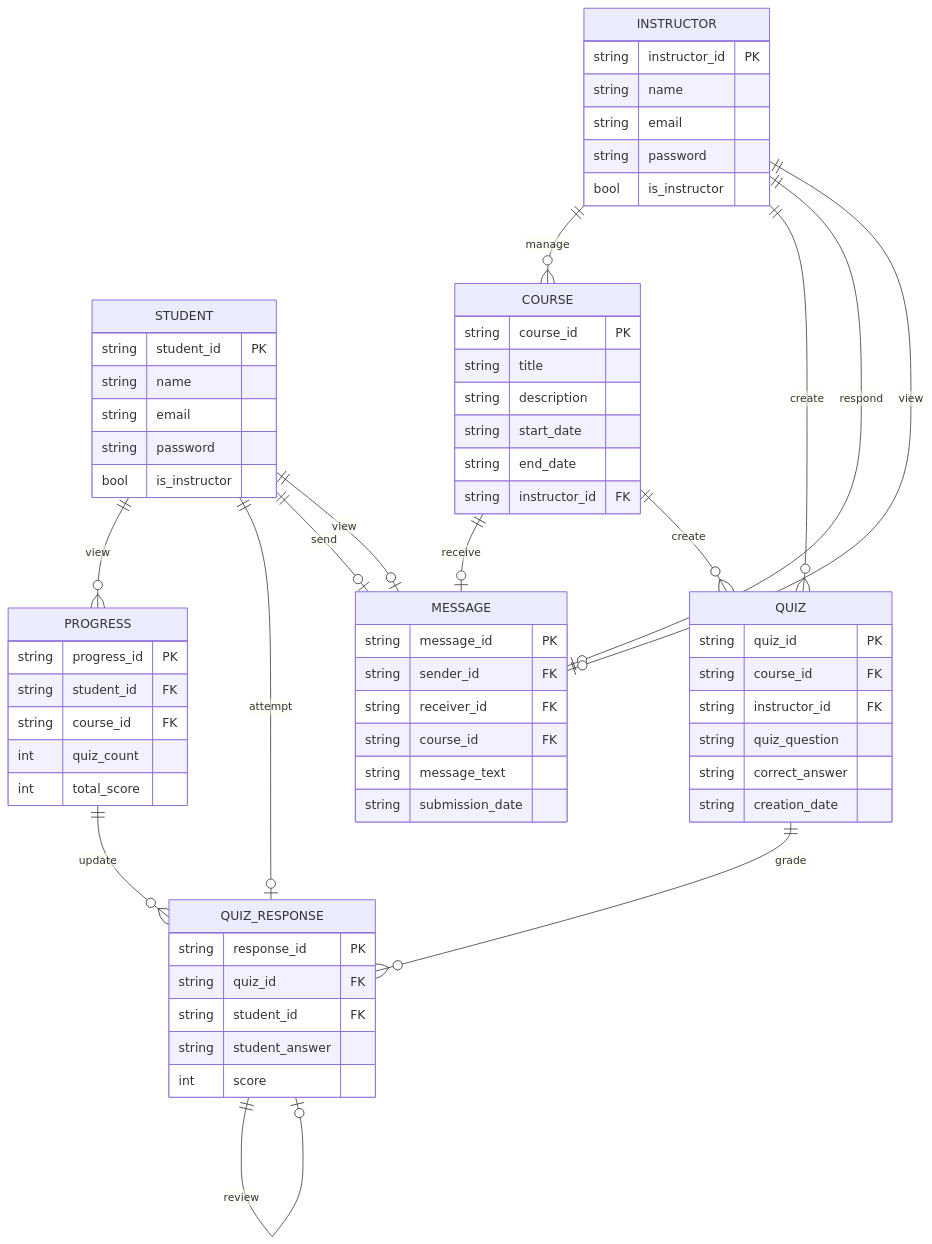
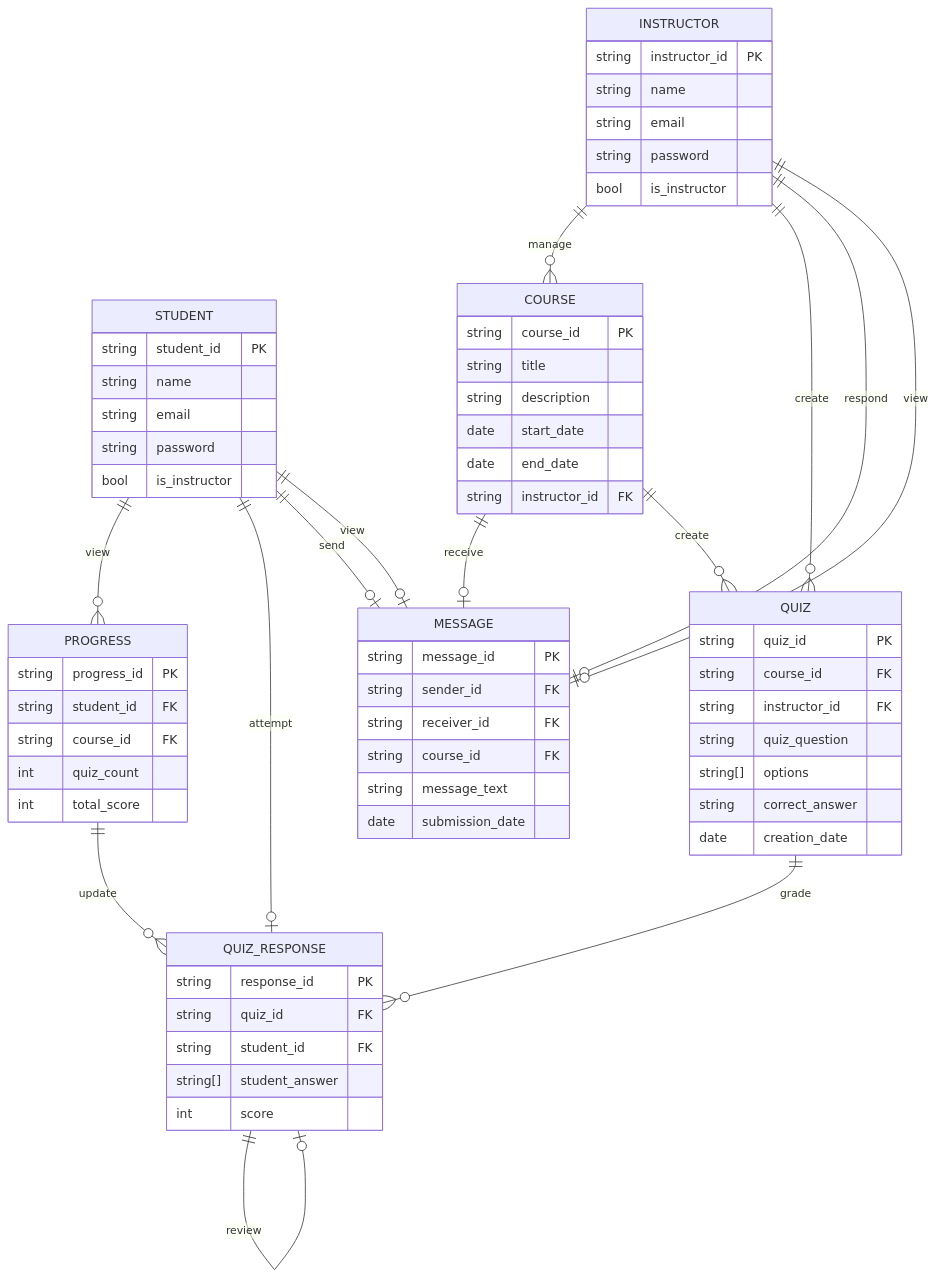
The diagram in database.md (Phastboy/diver-learn), drawn with Mermaid before and after one commit.

````diff
--- a/database.md
+++ b/database.md
@@ -1,68 +1,69 @@
 ```mermaid
 erDiagram
 	STUDENT {
 	string student_id PK
 	string name
 	string email
 	string password
 	bool is_instructor
 	}
 	INSTRUCTOR {
 	string instructor_id PK
 	string name
 	string email
 	string password
 	bool is_instructor
 	}
 	COURSE {
 	string course_id PK
 	string title
 	string description
-	string start_date
-	string end_date
+	date start_date
+	date end_date
 	string instructor_id FK
 	}
 	QUIZ {
 	string quiz_id PK
 	string course_id FK
 	string instructor_id FK
 	string quiz_question
+	string[] options
 	string correct_answer
-	string creation_date
+	date creation_date
 	}
 	QUIZ_RESPONSE {
 	string response_id PK
 	string quiz_id FK
 	string student_id FK
-	string student_answer
+	string[] student_answer
 	int score
 	}
 	PROGRESS {
 	string progress_id PK
 	string student_id FK
 	string course_id FK
 	int quiz_count
 	int total_score
 	}
 	MESSAGE {
 	string message_id PK
 	string sender_id FK
 	string receiver_id FK
 	string course_id FK
 	string message_text
-	string submission_date
+	date submission_date
 	}
 	STUDENT ||--o{ PROGRESS : view
 	STUDENT ||--o| QUIZ_RESPONSE : attempt
 	STUDENT ||--o| MESSAGE : send
 	STUDENT ||--o| MESSAGE : view
 	INSTRUCTOR ||--o{ COURSE : manage
 	INSTRUCTOR ||--o{ QUIZ : create
 	INSTRUCTOR ||--o| MESSAGE : respond
 	INSTRUCTOR ||--o| MESSAGE : view
 	COURSE ||--o| MESSAGE : receive
 	COURSE ||--o{ QUIZ : create
 	QUIZ ||--o{ QUIZ_RESPONSE : grade
 	QUIZ_RESPONSE ||--o| QUIZ_RESPONSE : review
 	PROGRESS ||--o{ QUIZ_RESPONSE : update
 ```
````
